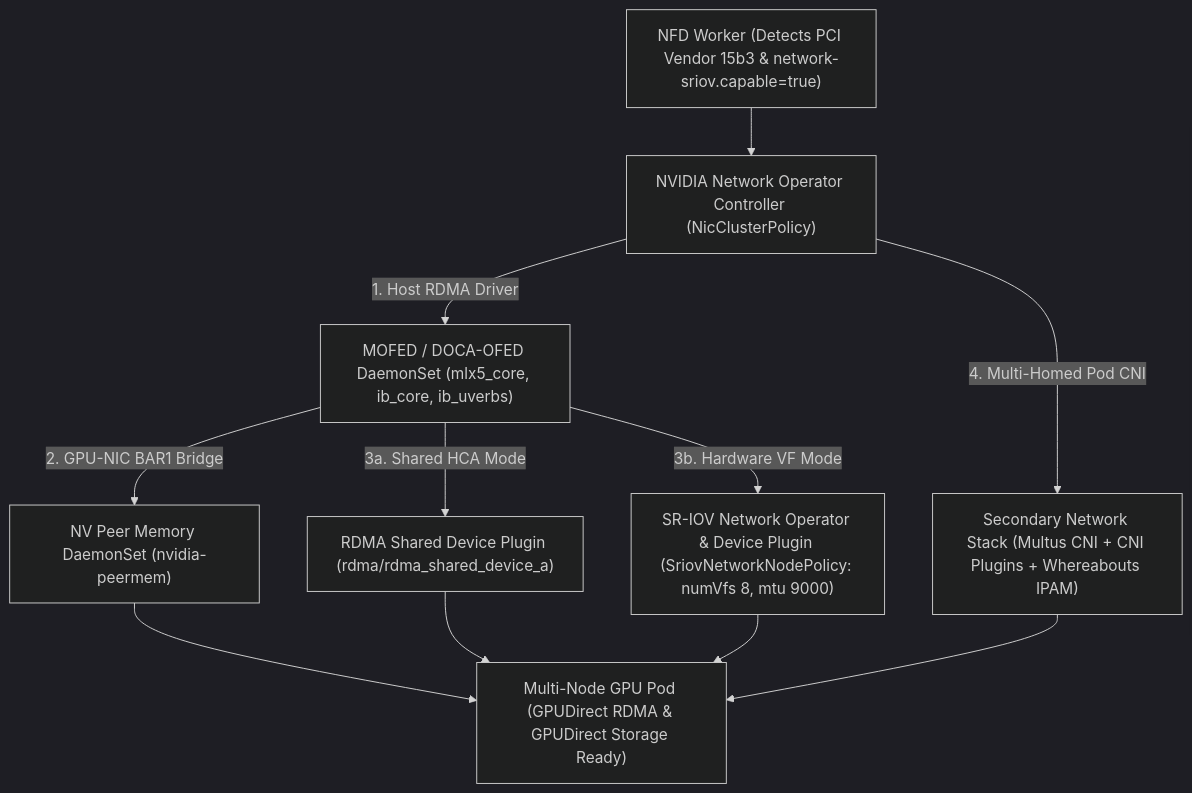
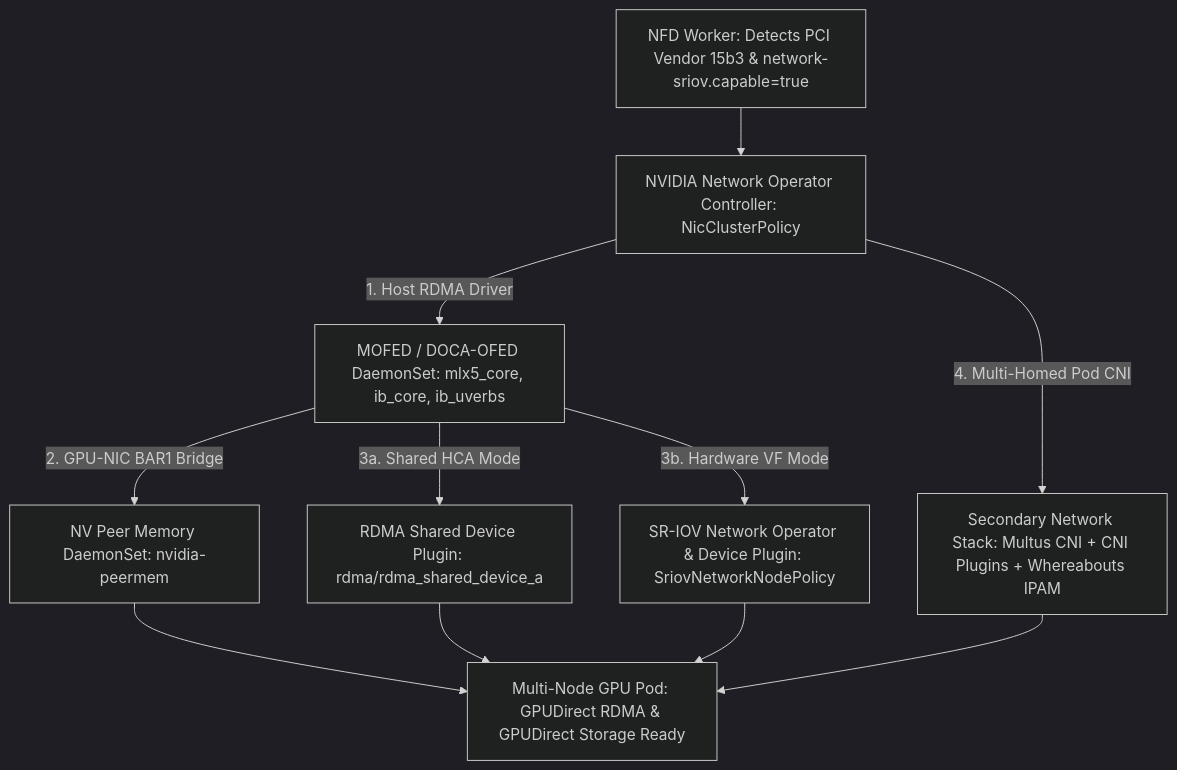
The diagram in docs/part-11-gpu-kubernetes/11-nvidia-network-operator.md (jithinpnjm/ai-infra-handbook), drawn with Mermaid (dark theme) before and after one commit. The commit also changed other lines of this file and 503 other files, not shown here.

````diff
--- a/docs/part-11-gpu-kubernetes/11-nvidia-network-operator.md
+++ b/docs/part-11-gpu-kubernetes/11-nvidia-network-operator.md
@@ -59,13 +68,13 @@
 ```mermaid
 flowchart TD
-    NFD["NFD Worker (Detects PCI Vendor 15b3 & network-sriov.capable=true)"] --> NetOp["NVIDIA Network Operator Controller (NicClusterPolicy)"]
-    NetOp -->|"1. Host RDMA Driver"| OFED["MOFED / DOCA-OFED DaemonSet (mlx5_core, ib_core, ib_uverbs)"]
-    OFED -->|"2. GPU-NIC BAR1 Bridge"| Peer["NV Peer Memory DaemonSet (nvidia-peermem)"]
-    OFED -->|"3a. Shared HCA Mode"| RdmaDP["RDMA Shared Device Plugin (rdma/rdma_shared_device_a)"]
-    OFED -->|"3b. Hardware VF Mode"| SriovOp["SR-IOV Network Operator & Device Plugin (SriovNetworkNodePolicy: numVfs 8, mtu 9000)"]
-    NetOp -->|"4. Multi-Homed Pod CNI"| SecNet["Secondary Network Stack (Multus CNI + CNI Plugins + Whereabouts IPAM)"]
-    Peer --> Pod["Multi-Node GPU Pod (GPUDirect RDMA & GPUDirect Storage Ready)"]
+    NFD["NFD Worker: Detects PCI Vendor 15b3 & network-sriov.capable=true"] --> NetOp["NVIDIA Network Operator Controller: NicClusterPolicy"]
+    NetOp -->|"1. Host RDMA Driver"| OFED["MOFED / DOCA-OFED DaemonSet: mlx5_core, ib_core, ib_uverbs"]
+    OFED -->|"2. GPU-NIC BAR1 Bridge"| Peer["NV Peer Memory DaemonSet: nvidia-peermem"]
+    OFED -->|"3a. Shared HCA Mode"| RdmaDP["RDMA Shared Device Plugin: rdma/rdma_shared_device_a"]
+    OFED -->|"3b. Hardware VF Mode"| SriovOp["SR-IOV Network Operator & Device Plugin: SriovNetworkNodePolicy"]
+    NetOp -->|"4. Multi-Homed Pod CNI"| SecNet["Secondary Network Stack: Multus CNI + CNI Plugins + Whereabouts IPAM"]
+    Peer --> Pod["Multi-Node GPU Pod: GPUDirect RDMA & GPUDirect Storage Ready"]
     RdmaDP --> Pod
     SriovOp --> Pod
     SecNet --> Pod
 ```
````
